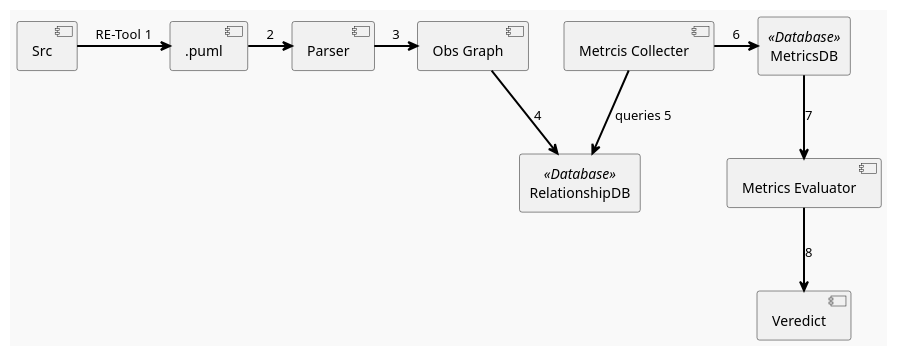
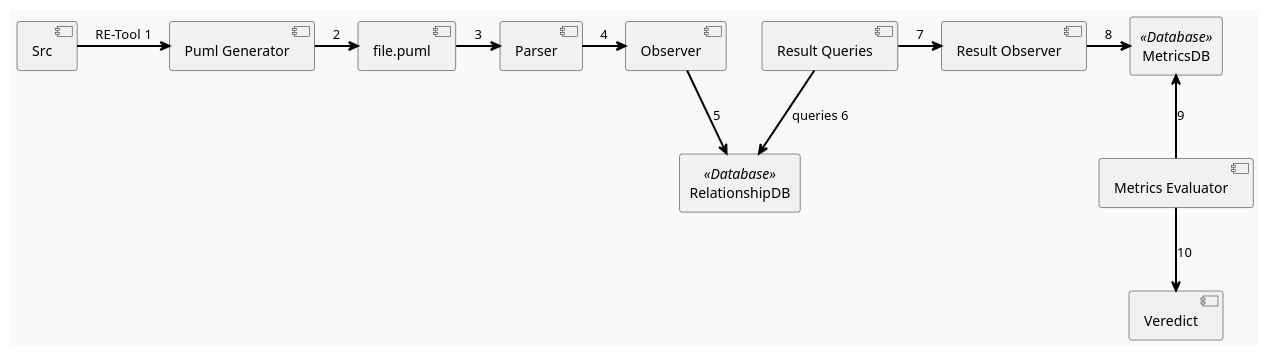
Before and after one commit to GonzaloGarciaZurlo/CodeDesignDeltaEvaluator: the diagram in Desing/ComunicationDiagram.plantuml, drawn with PlantUML. The commit also changed 6 other files, not shown here.

```diff
--- a/Desing/ComunicationDiagram.plantuml
+++ b/Desing/ComunicationDiagram.plantuml
@@ -1,26 +1,28 @@
 @startuml ComunicationDiagram
 skinparam packageStyle rectangle
 skinparam shadowing false
 skinparam backgroundColor #F9F9F9
 skinparam packageBackgroundColor #DDDDDD
 skinparam packageBorderColor #000000
 skinparam arrowColor #000000
 skinparam arrowThickness 2
 
 package "RelationshipDB" <<Database>> {
 }
 
 package "MetricsDB" <<Database>> {
 
 }
 
-[Src] -> [.puml] : RE-Tool 1
-[.puml] -> [Parser] : 2
-[Parser] -> [Obs Graph] : 3
-[Obs Graph] --> [RelationshipDB] : 4
-[Metrcis Collecter] --> [RelationshipDB] : queries 5
-[Metrcis Collecter] -> [MetricsDB] : 6
-[MetricsDB] --> [Metrics Evaluator] : 7
-[Metrics Evaluator] --> [Veredict] : 8
+[Src] -> [Puml Generator] : RE-Tool 1
+[Puml Generator] -> [file.puml] : 2
+[file.puml] -> [Parser] : 3
+[Parser] -> [Observer] : 4
+[Observer] --> [RelationshipDB] : 5
+[Result Queries] --> [RelationshipDB] : queries 6
+[Result Queries] -> [Result Observer] : 7
+[Result Observer] -> [MetricsDB] : 8
+[MetricsDB] <-- [Metrics Evaluator] : 9
+[Metrics Evaluator] --> [Veredict] : 10
 
 @enduml
```
